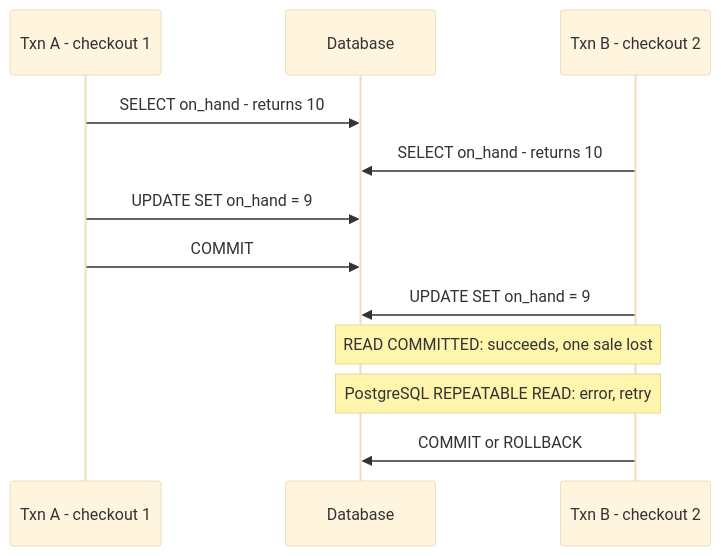
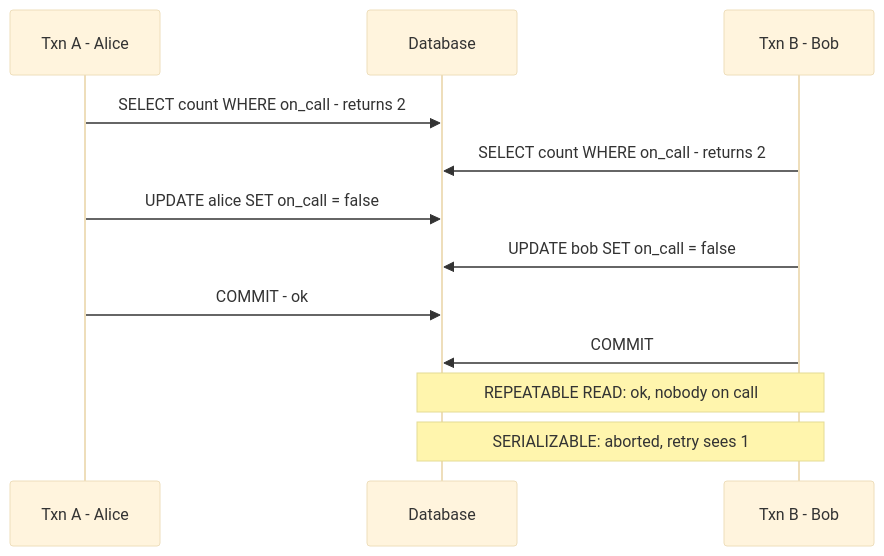
Before and after one commit to Sampath1-1-1/System-Design: the diagram in diagrams/ch11/fig-11-08.mmd, drawn with Mermaid (base theme). The commit also changed 51 other files, not shown here.

```diff
--- a/diagrams/ch11/fig-11-08.mmd
+++ b/diagrams/ch11/fig-11-08.mmd
@@ -1,13 +1,13 @@
-%% Figure 11.8 — Lost update from an application-side read-modify-write
+%% Figure 11.8 — Write skew: both doctors go off call
 sequenceDiagram
-  participant A as Txn A - checkout 1
+  participant A as Txn A - Alice
   participant DB as Database
-  participant B as Txn B - checkout 2
-  A->>DB: SELECT on_hand - returns 10
-  B->>DB: SELECT on_hand - returns 10
-  A->>DB: UPDATE SET on_hand = 9
-  A->>DB: COMMIT
-  B->>DB: UPDATE SET on_hand = 9
-  Note over B,DB: READ COMMITTED: succeeds, one sale lost
-  Note over B,DB: PostgreSQL REPEATABLE READ: error, retry
-  B->>DB: COMMIT or ROLLBACK
+  participant B as Txn B - Bob
+  A->>DB: SELECT count WHERE on_call - returns 2
+  B->>DB: SELECT count WHERE on_call - returns 2
+  A->>DB: UPDATE alice SET on_call = false
+  B->>DB: UPDATE bob SET on_call = false
+  A->>DB: COMMIT - ok
+  B->>DB: COMMIT
+  Note over B,DB: REPEATABLE READ: ok, nobody on call
+  Note over B,DB: SERIALIZABLE: aborted, retry sees 1
```
